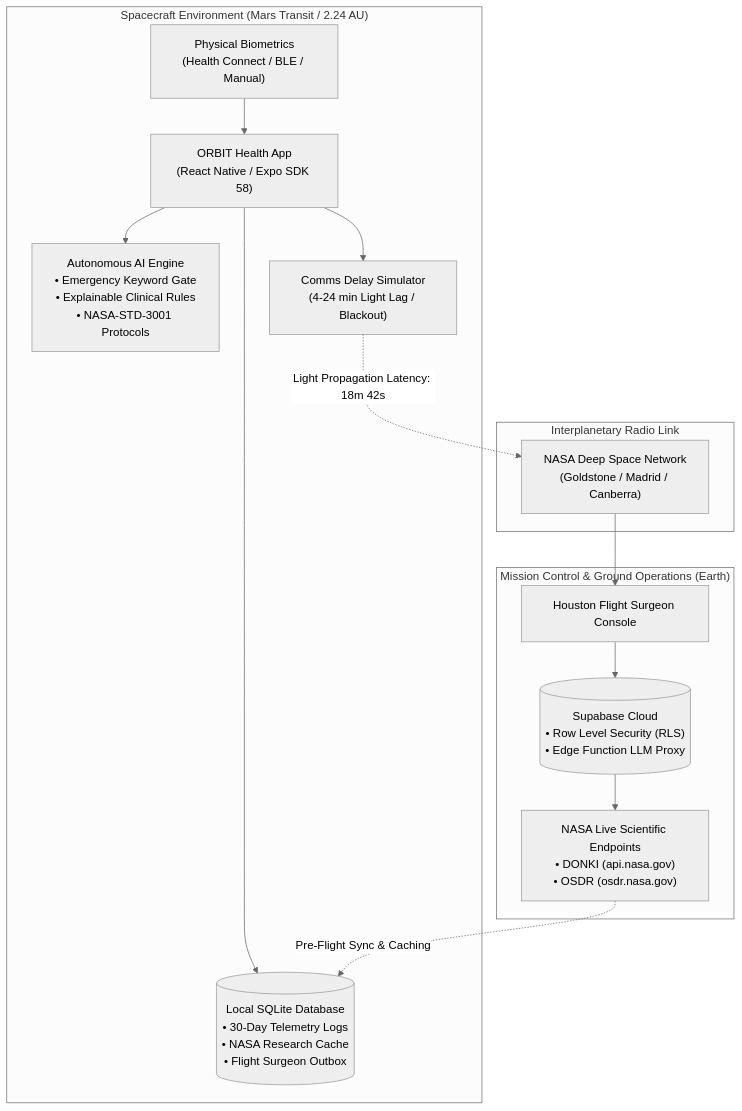
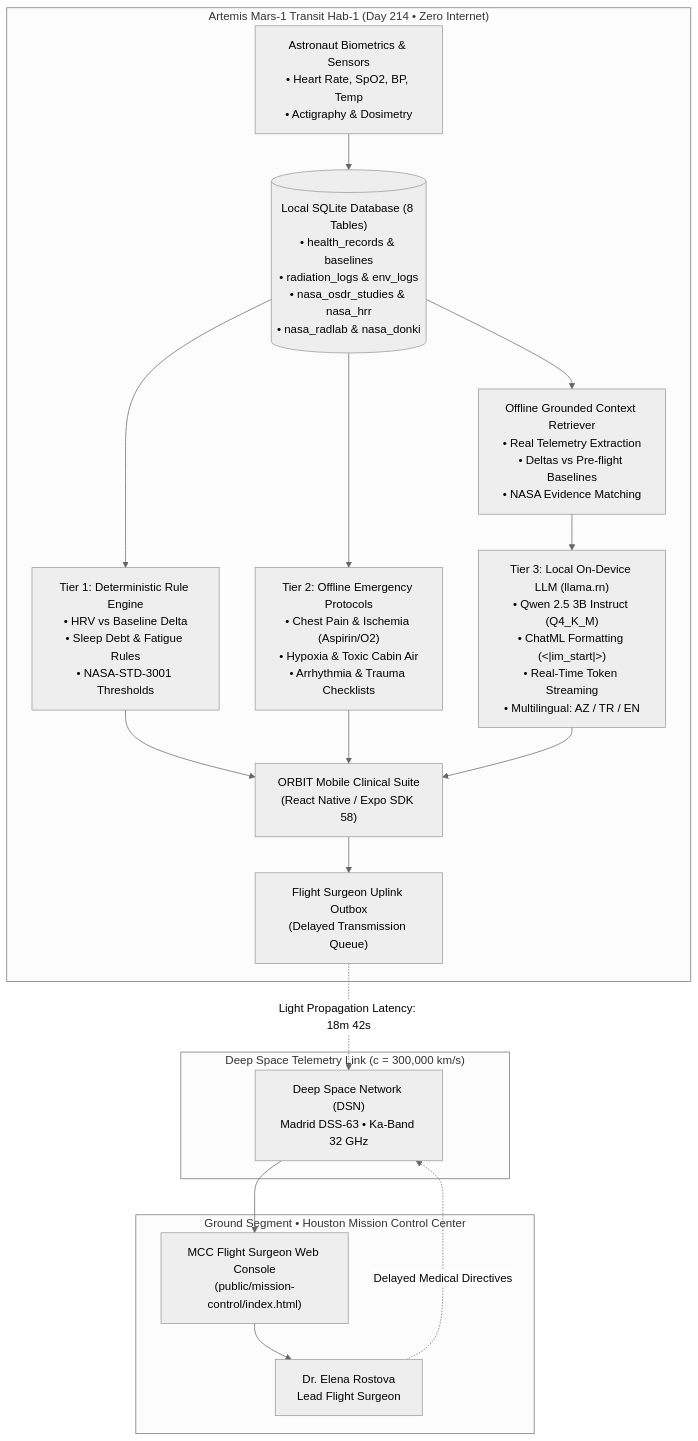
Before and after one commit to Sfiklkbrova/ORBIT-Health: the diagram in README.md, drawn with Mermaid (neutral theme). The commit also changed other lines of this file and 20 other files, not shown here.

````diff
--- a/README.md
+++ b/README.md
@@ -24,21 +27,30 @@
 ```mermaid
 flowchart TD
-    subgraph Spacecraft["Spacecraft Environment (Mars Transit / 2.24 AU)"]
-        Sensors["Physical Biometrics\n(Health Connect / BLE / Manual)"] --> MobileApp["ORBIT Health App\n(React Native / Expo SDK 58)"]
-        MobileApp --> SQLite[("Local SQLite Database\n• 30-Day Telemetry Logs\n• NASA Research Cache\n• Flight Surgeon Outbox")]
-        MobileApp --> LocalAI["Autonomous AI Engine\n• Emergency Keyword Gate\n• Explainable Clinical Rules\n• NASA-STD-3001 Protocols"]
-        MobileApp --> CommsEngine["Comms Delay Simulator\n(4-24 min Light Lag / Blackout)"]
+    subgraph Spacecraft["Artemis Mars-1 Transit Hab-1 (Day 214 • Zero Internet)"]
+        Sensors["Astronaut Biometrics & Sensors\n• Heart Rate, SpO2, BP, Temp\n• Actigraphy & Dosimetry"] --> SQLite[("Local SQLite Database (8 Tables)\n• health_records & baselines\n• radiation_logs & env_logs\n• nasa_osdr_studies & nasa_hrr\n• nasa_radlab & nasa_donki")]
+        
+        SQLite --> Tier1["Tier 1: Deterministic Rule Engine\n• HRV vs Baseline Delta\n• Sleep Debt & Fatigue Rules\n• NASA-STD-3001 Thresholds"]
+        
+        SQLite --> Tier2["Tier 2: Offline Emergency Protocols\n• Chest Pain & Ischemia (Aspirin/O2)\n• Hypoxia & Toxic Cabin Air\n• Arrhythmia & Trauma Checklists"]
+        
+        SQLite --> RAG["Offline Grounded Context Retriever\n• Real Telemetry Extraction\n• Deltas vs Pre-flight Baselines\n• NASA Evidence Matching"]
+        
+        RAG --> Tier3["Tier 3: Local On-Device LLM (llama.rn)\n• Qwen 2.5 3B Instruct (Q4_K_M)\n• ChatML Formatting (<|im_start|>)\n• Real-Time Token Streaming\n• Multilingual: AZ / TR / EN"]
+        
+        Tier1 --> UI["ORBIT Mobile Clinical Suite\n(React Native / Expo SDK 58)"]
+        Tier2 --> UI
+        Tier3 --> UI
+        
+        UI --> Outbox["Flight Surgeon Uplink Outbox\n(Delayed Transmission Queue)"]
     end
 
-    subgraph DeepSpaceLink["Interplanetary Radio Link"]
-        CommsEngine -.->|Light Propagation Latency: 18m 42s| DSN["NASA Deep Space Network\n(Goldstone / Madrid / Canberra)"]
+    subgraph InterplanetaryCone["Deep Space Telemetry Link (c = 300,000 km/s)"]
+        Outbox -.->|Light Propagation Latency: 18m 42s| DSN["Deep Space Network (DSN)\nMadrid DSS-63 • Ka-Band 32 GHz"]
     end
 
-    subgraph GroundSegment["Mission Control & Ground Operations (Earth)"]
-        DSN --> HoustonMCC["Houston Flight Surgeon Console"]
-        HoustonMCC --> SupabaseCloud[("Supabase Cloud\n• Row Level Security (RLS)\n• Edge Function LLM Proxy")]
-        SupabaseCloud --> NASA_APIs["NASA Live Scientific Endpoints\n• DONKI (api.nasa.gov)\n• OSDR (osdr.nasa.gov)"]
+    subgraph EarthSegment["Ground Segment • Houston Mission Control Center"]
+        DSN --> MCCWeb["MCC Flight Surgeon Web Console\n(public/mission-control/index.html)"]
+        MCCWeb --> FlightSurgeon["Dr. Elena Rostova\nLead Flight Surgeon"]
+        FlightSurgeon -.->|Delayed Medical Directives| DSN
     end
-
-    NASA_APIs -.->|Pre-Flight Sync & Caching| SQLite
 ```
````
